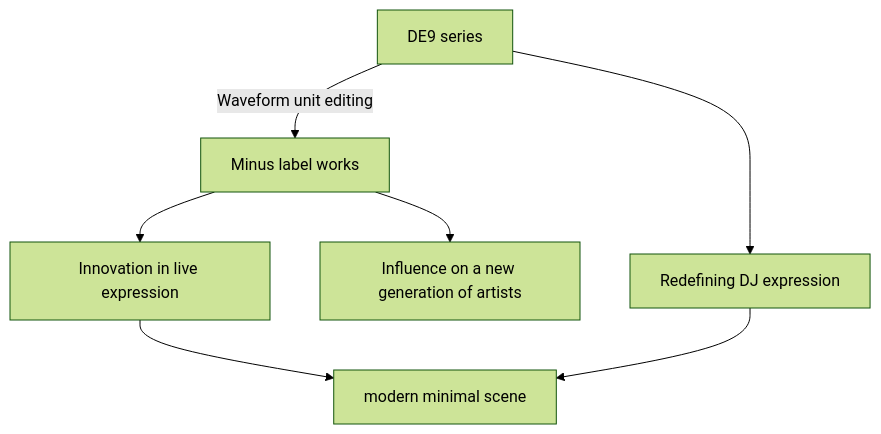
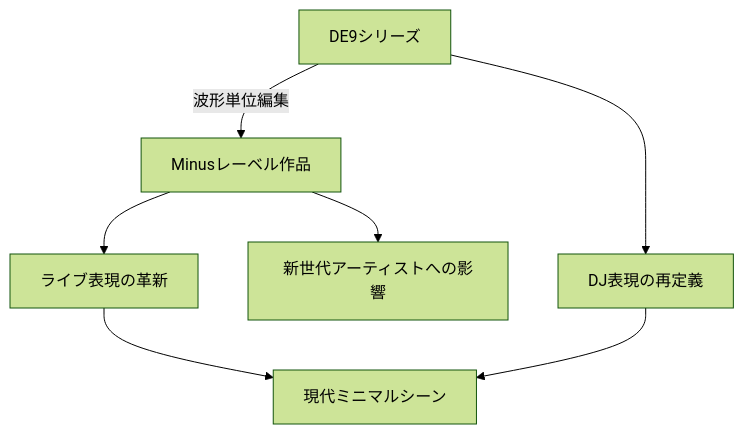
Before and after one commit to monumental-movement/monumental-movement.github.io: the seventh of 7 diagrams in en/_posts/2025-10-24-column-plastikman-richie-hawtin.md, drawn with Mermaid (forest theme). The commit also changed other lines of this file and 2196 other files, not shown here.

```diff
--- a/en/_posts/2025-10-24-column-plastikman-richie-hawtin.md
+++ b/en/_posts/2025-10-24-column-plastikman-richie-hawtin.md
@@ -315,11 +314,11 @@
 <div class="mermaid">
 
 flowchart TD
-    A[DE9 series] -->|Waveform unit editing| B[Minus label works]
-    B --> C[Innovation in live expression]
-    C --> D[modern minimal scene]
-    B --> E[Influence on a new generation of artists]
-    A --> F[Redefining DJ expression]
+    A[DE9シリーズ] -->|波形単位編集| B[Minusレーベル作品]
+    B --> C[ライブ表現の革新]
+    C --> D[現代ミニマルシーン]
+    B --> E[新世代アーティストへの影響]
+    A --> F[DJ表現の再定義]
     F --> D
 
 </div>
```
